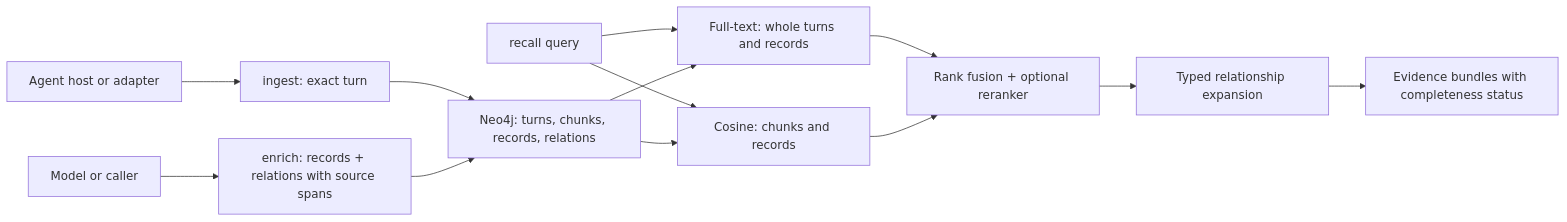
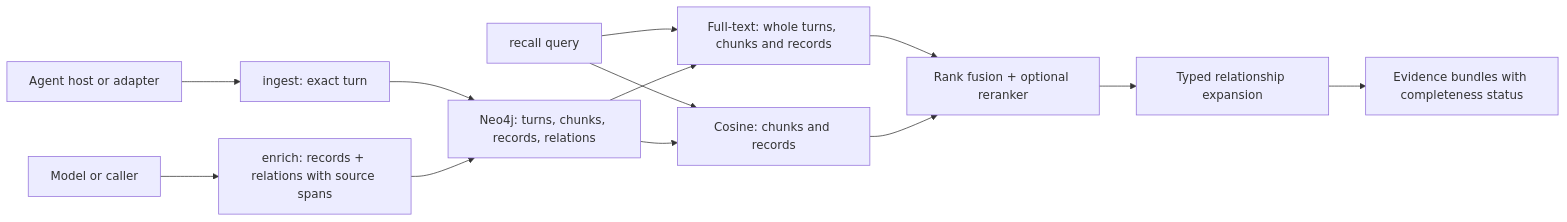
Before and after one commit to Token-Smelter/source-memory: the diagram in README.md, drawn with Mermaid. The commit also changed other lines of this file and 6 other files, not shown here.

Commit message:
Add scoped chunk lexical recall

````diff
--- a/README.md
+++ b/README.md
@@ -5,15 +5,15 @@
 ```mermaid
 flowchart LR
   Caller["Agent host or adapter"] --> Ingest["ingest: exact turn"]
   Ingest --> Store["Neo4j: turns, chunks, records, relations"]
   Interpreter["Model or caller"] --> Enrich["enrich: records + relations with source spans"]
   Enrich --> Store
-  Query["recall query"] --> Lexical["Full-text: whole turns and records"]
+  Query["recall query"] --> Lexical["Full-text: whole turns, chunks and records"]
   Query --> Vector["Cosine: chunks and records"]
   Store --> Lexical
   Store --> Vector
   Lexical --> Fuse["Rank fusion + optional reranker"]
   Vector --> Fuse
   Fuse --> Expand["Typed relationship expansion"]
   Expand --> Bundles["Evidence bundles with completeness status"]
 ```
````
